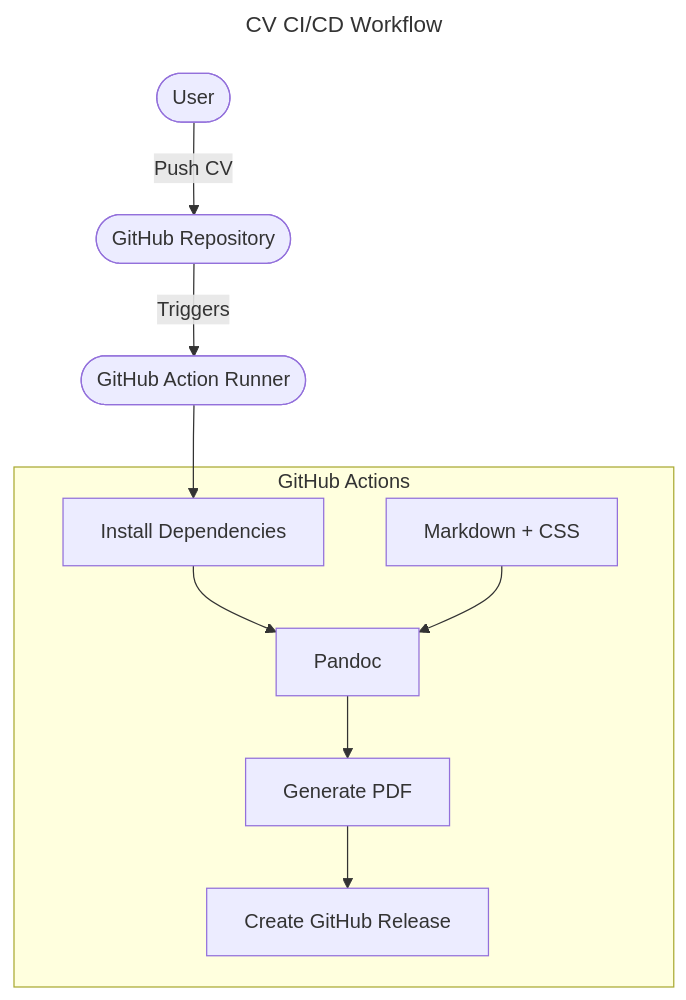
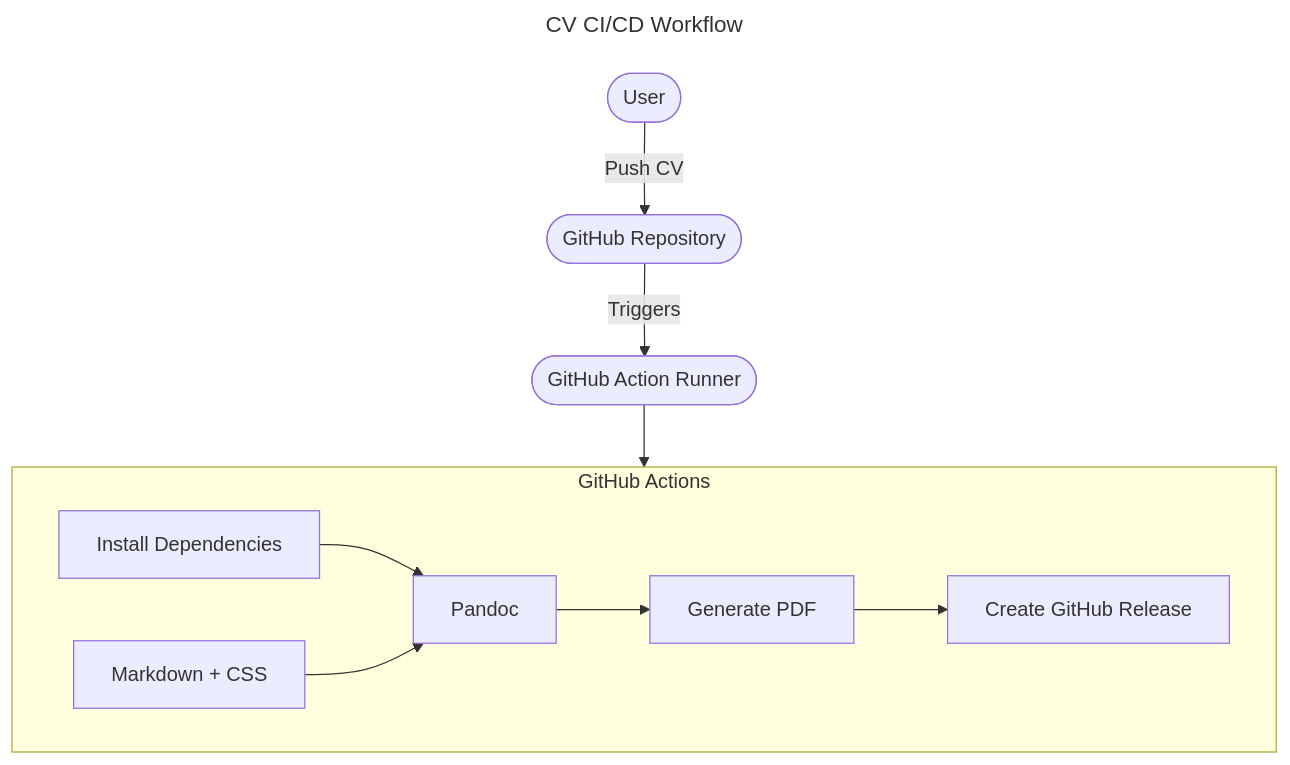
Before and after one commit to ShaharNaveh/ShaharNaveh.github.io: the diagram in content/blog/cicd-your-cv/index.md, drawn with Mermaid. The commit also changed other lines of this file, not shown here.

````diff
--- a/content/blog/cicd-your-cv/index.md
+++ b/content/blog/cicd-your-cv/index.md
@@ -17,26 +16,26 @@
 ```mermaid
 ---
 title: CV CI/CD Workflow
 ---
 flowchart TD
   user([User])
   repo([GitHub Repository])
   gh_action([GitHub Action Runner])
 
-  subgraph GitHub Actions
+  user -- Push CV --> repo
+  repo -- Triggers --> gh_action
+  gh_action --> github_actions
+
+  subgraph github_actions ["GitHub Actions"]
     deps[Install Dependencies]
     md_css[Markdown + CSS]
     pandoc[Pandoc]
     pdf[Generate PDF]
     release[Create GitHub Release]
 
     deps --> pandoc
     md_css --> pandoc
     pandoc --> pdf
     pdf --> release
   end
-
-  user -- Push CV --> repo
-  repo -- Triggers --> gh_action
-  gh_action --> deps
 ```
````
